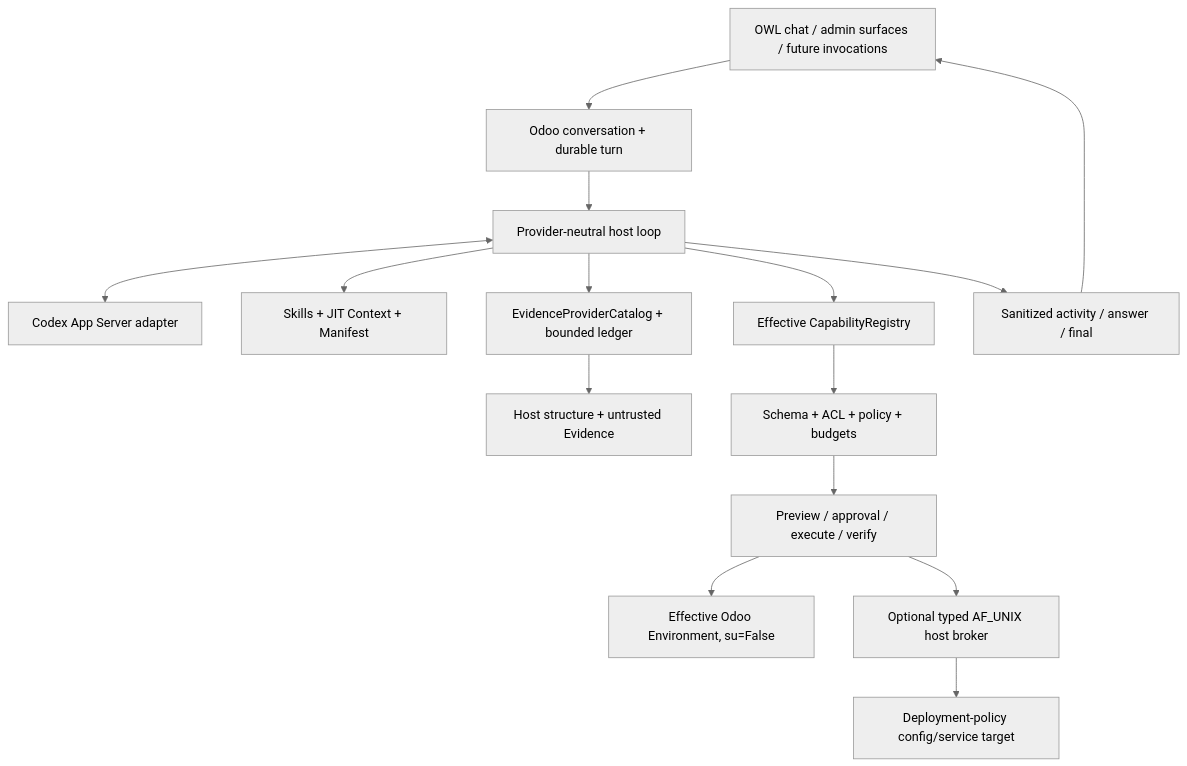
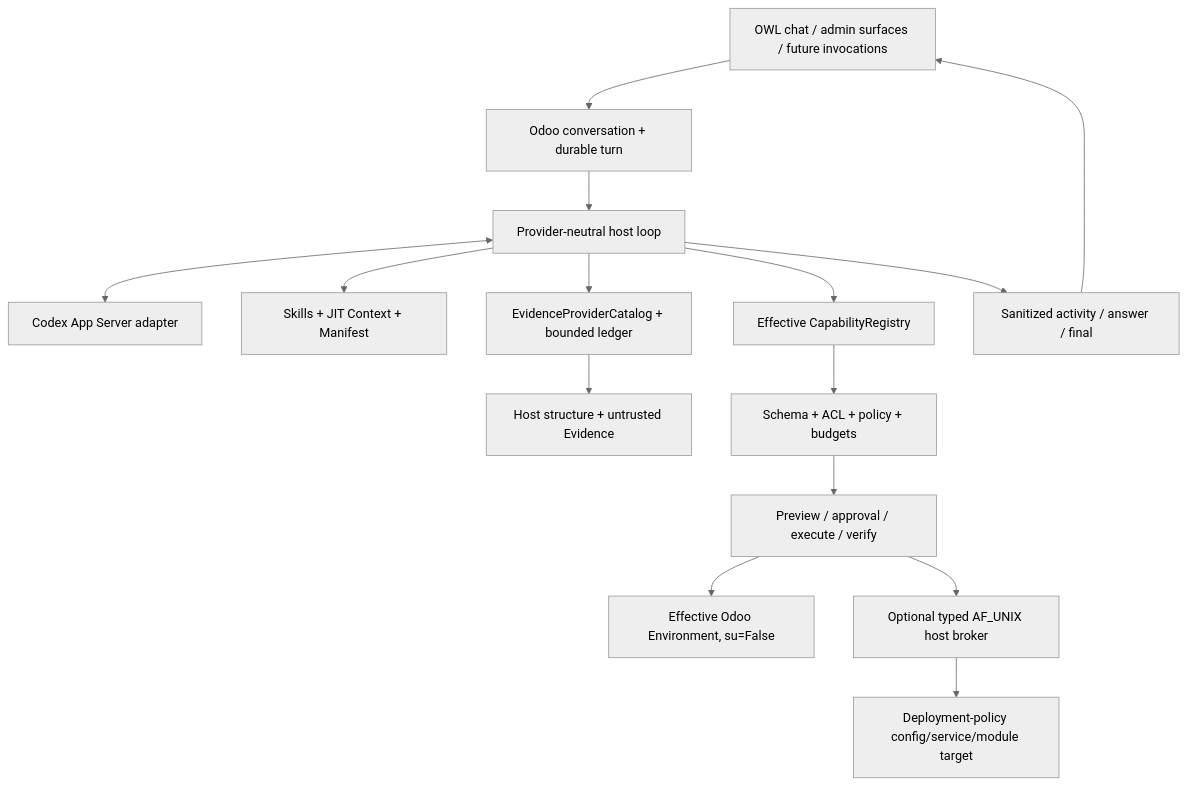
One commit to CPX-001/ai-odoo-assistant changed the diagram in README.md. Above: the diagram before and after it, drawn with Mermaid (neutral theme). The commit also changed other lines of this file and 9 other files, not shown here.

````diff
--- a/README.md
+++ b/README.md
@@ -54,17 +54,17 @@
 ```mermaid
 flowchart TB
     UI[OWL chat / admin surfaces / future invocations] --> TURN[Odoo conversation + durable turn]
     TURN --> HOST[Provider-neutral host loop]
     HOST <--> MODEL[Codex App Server adapter]
     HOST --> EXT[Skills + JIT Context + Manifest]
     HOST --> EVIDENCE[EvidenceProviderCatalog + bounded ledger]
     EVIDENCE --> EDATA[Host structure + untrusted Evidence]
     HOST --> CAPS[Effective CapabilityRegistry]
     CAPS --> POLICY[Schema + ACL + policy + budgets]
     POLICY --> EFFECT[Preview / approval / execute / verify]
     EFFECT --> ORM[Effective Odoo Environment, su=False]
     EFFECT --> BROKER[Optional typed AF_UNIX host broker]
-    BROKER --> TARGET[Deployment-policy config/service target]
+    BROKER --> TARGET[Deployment-policy config/service/module target]
     HOST --> PUBLIC[Sanitized activity / answer / final]
     PUBLIC --> UI
 ```
````
